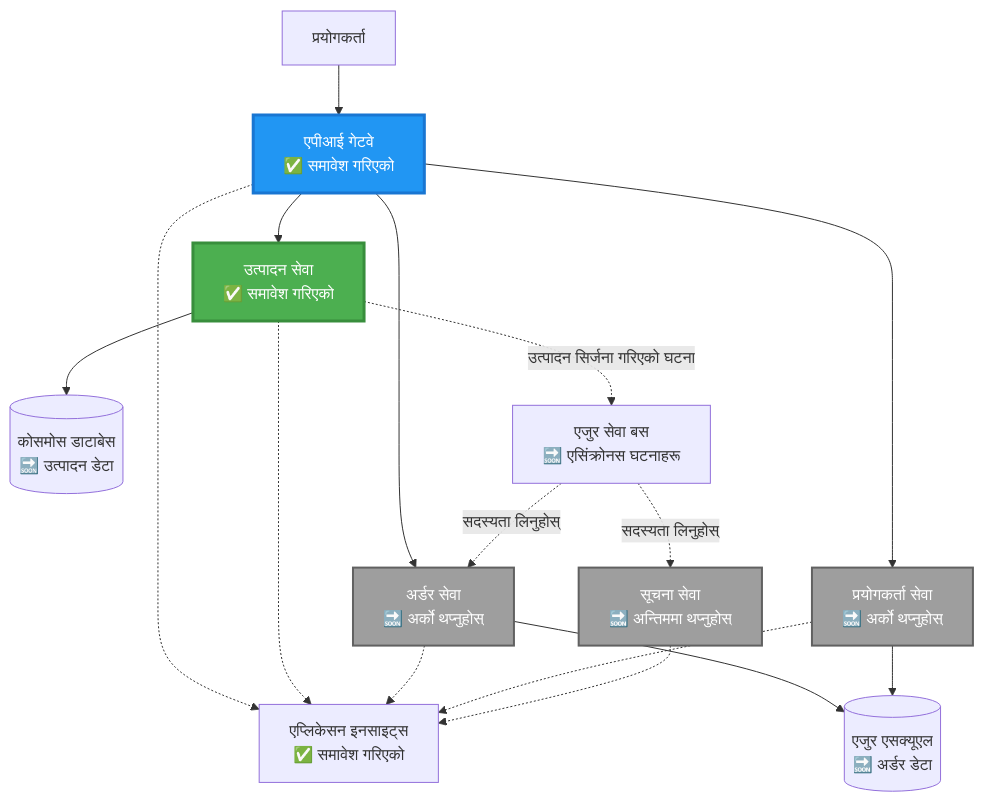
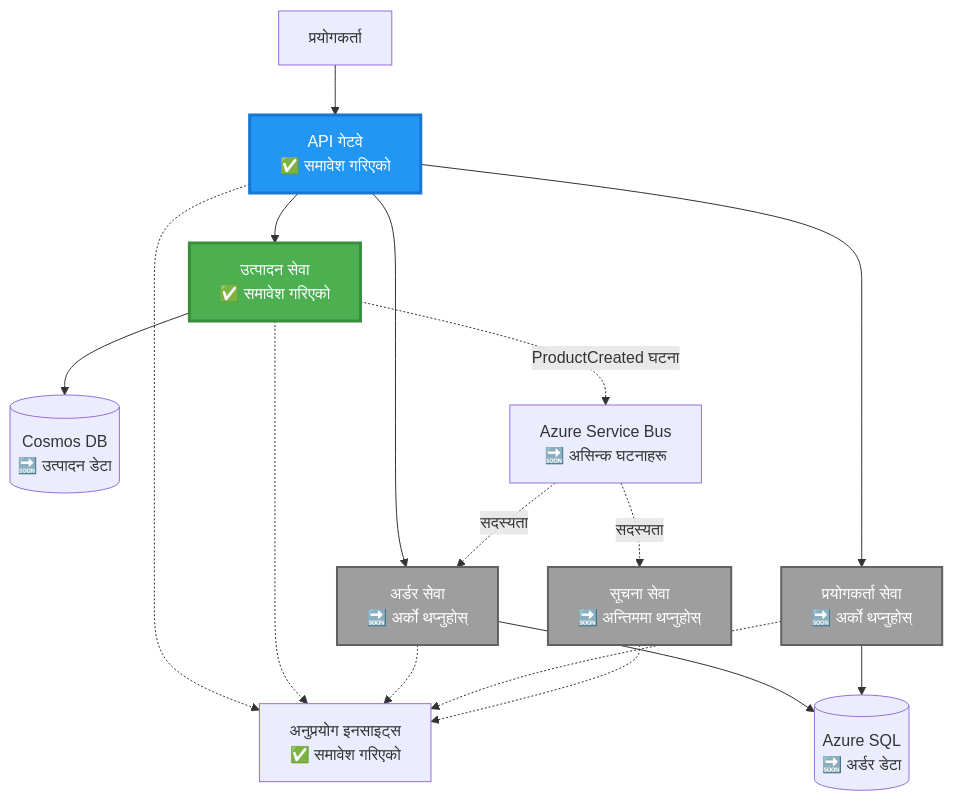
The second of 4 diagrams in translations/ne/examples/microservices/README.md (microsoft/AZD-for-beginners), drawn with Mermaid before and after one commit. The commit also changed other lines of this file and 242 other files, not shown here.

````diff
--- a/translations/ne/examples/microservices/README.md
+++ b/translations/ne/examples/microservices/README.md
@@ -78,39 +69,39 @@
 ```mermaid
 graph TB
     User[प्रयोगकर्ता]
-    Gateway[एपीआई गेटवे<br/>✅ समावेश गरिएको]
+    Gateway[API गेटवे<br/>✅ समावेश गरिएको]
     Product[उत्पादन सेवा<br/>✅ समावेश गरिएको]
     Order[अर्डर सेवा<br/>🔜 अर्को थप्नुहोस्]
     UserSvc[प्रयोगकर्ता सेवा<br/>🔜 अर्को थप्नुहोस्]
     Notify[सूचना सेवा<br/>🔜 अन्तिममा थप्नुहोस्]
     
-    CosmosDB[(कोसमोस डाटाबेस<br/>🔜 उत्पादन डेटा)]
-    AzureSQL[(एजुर एसक्यूएल<br/>🔜 अर्डर डेटा)]
-    ServiceBus[एजुर सेवा बस<br/>🔜 एसिंक्रोनस घटनाहरू]
-    AppInsights[एप्लिकेसन इनसाइट्स<br/>✅ समावेश गरिएको]
+    CosmosDB[(Cosmos DB<br/>🔜 उत्पादन डेटा)]
+    AzureSQL[(Azure SQL<br/>🔜 अर्डर डेटा)]
+    ServiceBus[Azure Service Bus<br/>🔜 असिन्क घटनाहरू]
+    AppInsights[अनुप्रयोग इनसाइट्स<br/>✅ समावेश गरिएको]
     
     User --> Gateway
     Gateway --> Product
     Gateway --> Order
     Gateway --> UserSvc
     
     Product --> CosmosDB
     Order --> AzureSQL
     UserSvc --> AzureSQL
     
-    Product -.->|उत्पादन सिर्जना गरिएको घटना| ServiceBus
-    ServiceBus -.->|सदस्यता लिनुहोस्| Notify
-    ServiceBus -.->|सदस्यता लिनुहोस्| Order
+    Product -.->|ProductCreated घटना| ServiceBus
+    ServiceBus -.->|सदस्यता| Notify
+    ServiceBus -.->|सदस्यता| Order
     
     Gateway -.-> AppInsights
     Product -.-> AppInsights
     Order -.-> AppInsights
     UserSvc -.-> AppInsights
     Notify -.-> AppInsights
     
     style Product fill:#4CAF50,stroke:#388E3C,stroke-width:3px,color:#fff
     style Gateway fill:#2196F3,stroke:#1976D2,stroke-width:3px,color:#fff
     style Order fill:#9E9E9E,stroke:#616161,stroke-width:2px,color:#fff
     style UserSvc fill:#9E9E9E,stroke:#616161,stroke-width:2px,color:#fff
     style Notify fill:#9E9E9E,stroke:#616161,stroke-width:2px,color:#fff
 ```
````
